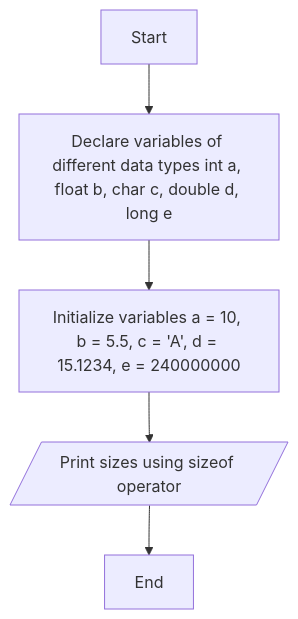
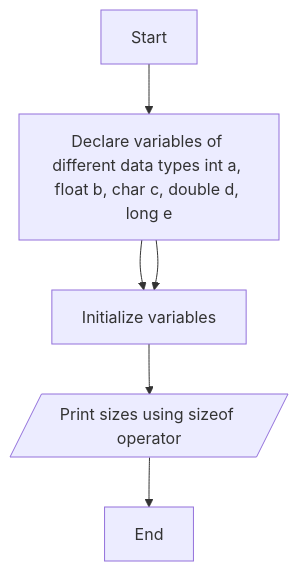
Before and after one commit to Vinit-source/Programming-for-problem-solving: the diagram in P2 - Data Types.md, drawn with Mermaid. The commit also changed other lines of this file, not shown here.

````diff
--- a/P2 - Data Types.md
+++ b/P2 - Data Types.md
@@ -26,7 +26,8 @@
 ```mermaid
 graph TD;
     A[Start] --> B[Declare variables of different data types int a, float b, char c, double d, long e];
     B --> C[Initialize variables a = 10, b = 5.5, c = 'A', d = 15.1234, e = 240000000];
+    B --> C[Initialize variables];
     C --> D[/Print sizes using sizeof operator/];
     D --> E[End];
 ```
````
